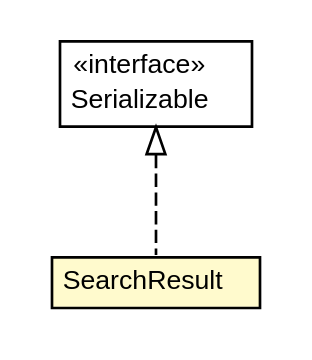
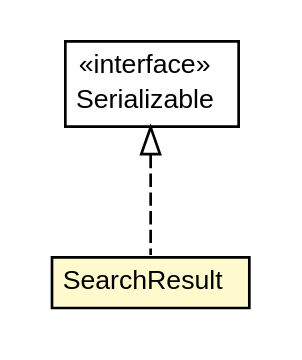
The diagram in doxdb-core/apidocs/net/trajano/doxdb/SearchResult.dot (trajano/doxdb), drawn with Graphviz before and after one commit. The commit also changed 257 other files, not shown here.

```diff
--- a/doxdb-core/apidocs/net/trajano/doxdb/SearchResult.dot
+++ b/doxdb-core/apidocs/net/trajano/doxdb/SearchResult.dot
@@ -1,27 +1,27 @@
 #!/usr/local/bin/dot
 #
 # Class diagram 
 # Generated by UMLGraph version R5_6-24-gf6e263 (http://www.umlgraph.org/)
 #
 
 digraph G {
-	edge [fontname="Helvetica",fontsize=10,labelfontname="Helvetica",labelfontsize=10];
-	node [fontname="Helvetica",fontsize=10,shape=plaintext];
+	edge [fontname="arial",fontsize=10,labelfontname="arial",labelfontsize=10];
+	node [fontname="arial",fontsize=10,shape=plaintext];
 	nodesep=0.25;
 	ranksep=0.5;
 	// net.trajano.doxdb.SearchResult
-	c538 [label=<<table title="net.trajano.doxdb.SearchResult" border="0" cellborder="1" cellspacing="0" cellpadding="2" port="p" bgcolor="lemonChiffon" href="./SearchResult.html">
+	c583 [label=<<table title="net.trajano.doxdb.SearchResult" border="0" cellborder="1" cellspacing="0" cellpadding="2" port="p" bgcolor="lemonChiffon" href="./SearchResult.html">
 		<tr><td><table border="0" cellspacing="0" cellpadding="1">
 <tr><td align="center" balign="center"> SearchResult </td></tr>
 		</table></td></tr>
-		</table>>, URL="./SearchResult.html", fontname="Helvetica", fontcolor="black", fontsize=10.0];
+		</table>>, URL="./SearchResult.html", fontname="arial", fontcolor="black", fontsize=10.0];
 	//net.trajano.doxdb.SearchResult implements java.io.Serializable
-	c557:p -> c538:p [dir=back,arrowtail=empty,style=dashed];
+	c605:p -> c583:p [dir=back,arrowtail=empty,style=dashed];
 	// java.io.Serializable
-	c557 [label=<<table title="java.io.Serializable" border="0" cellborder="1" cellspacing="0" cellpadding="2" port="p" href="http://java.sun.com/j2se/1.4.2/docs/api/java/io/Serializable.html">
+	c605 [label=<<table title="java.io.Serializable" border="0" cellborder="1" cellspacing="0" cellpadding="2" port="p" href="http://java.sun.com/j2se/1.4.2/docs/api/java/io/Serializable.html">
 		<tr><td><table border="0" cellspacing="0" cellpadding="1">
 <tr><td align="center" balign="center"> &#171;interface&#187; </td></tr>
 <tr><td align="center" balign="center"> Serializable </td></tr>
 		</table></td></tr>
-		</table>>, URL="http://java.sun.com/j2se/1.4.2/docs/api/java/io/Serializable.html", fontname="Helvetica", fontcolor="black", fontsize=10.0];
+		</table>>, URL="http://java.sun.com/j2se/1.4.2/docs/api/java/io/Serializable.html", fontname="arial", fontcolor="black", fontsize=10.0];
 }
```
